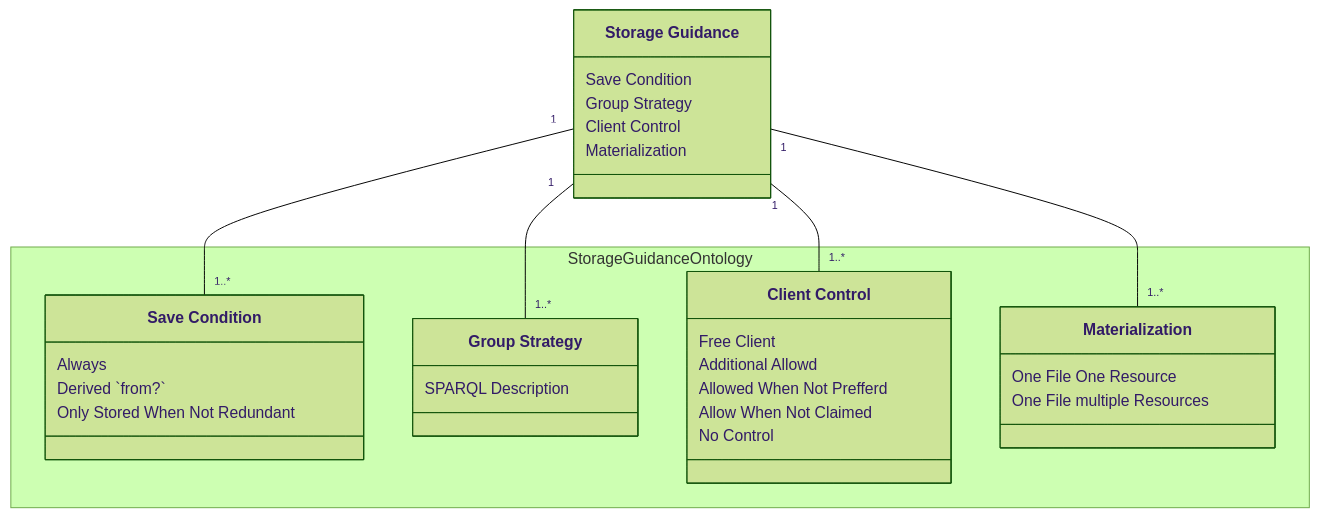
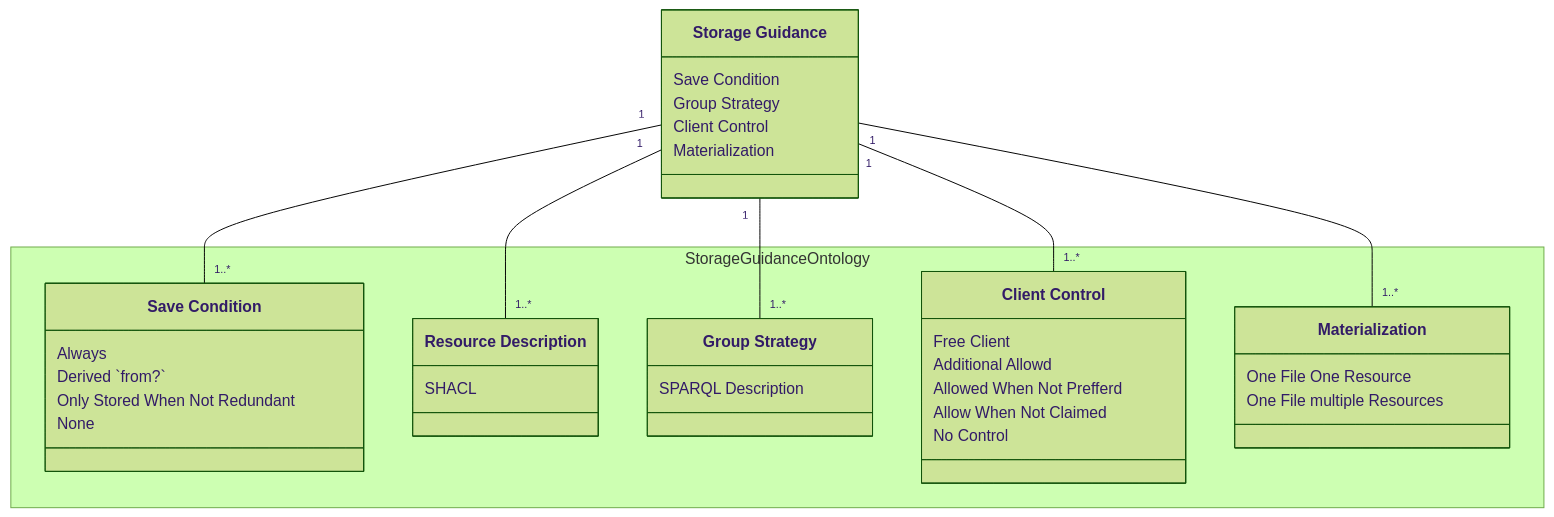
The diagram in solution/storage-guidance-ontology/index.md (jitsedesmet/thesis), drawn with Mermaid (forest theme) before and after one commit. The commit also changed other lines of this file, not shown here.

Commit message:
add resource description

```diff
--- a/solution/storage-guidance-ontology/index.md
+++ b/solution/storage-guidance-ontology/index.md
@@ -14,39 +14,45 @@
 <pre class="mermaid">
 classDiagram
     SG "1" -- "1..*" SC
+    SG "1" -- "1..*" RD
     SG "1" -- "1..*" GS
     SG "1" -- "1..*" CC
     SG "1" -- "1..*" M
     class SG["Storage Guidance"]{
         Save Condition
         Group Strategy
         Client Control
         Materialization
     }
 namespace StorageGuidanceOntology{
     class SC["Save Condition"]{
       Always
       Derived `from?`
       Only Stored When Not Redundant
+      None
+    }
+    class RD["Resource Description"] {
+        SHACL
     }
     class GS["Group Strategy"]{
         SPARQL Description
     }
     class CC["Client Control"] {
         Free Client
         Additional Allowd
         Allowed When Not Prefferd
         Allow When Not Claimed
         No Control
     }
     class M["Materialization"] {
         One File One Resource
         One File multiple Resources
     }
 }
 link SG "#"
 link SC "#save-condition"
+link RD "#resource-description"
 link GS "#group-strategy"
 link CC "#client-control"
 link M "#resource-materialization"
 </pre>
```
